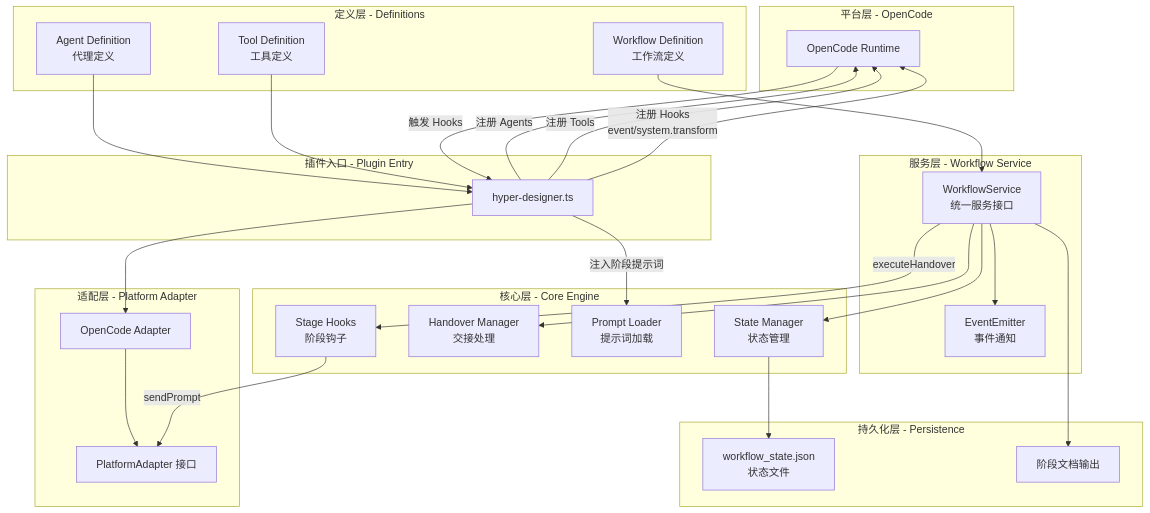
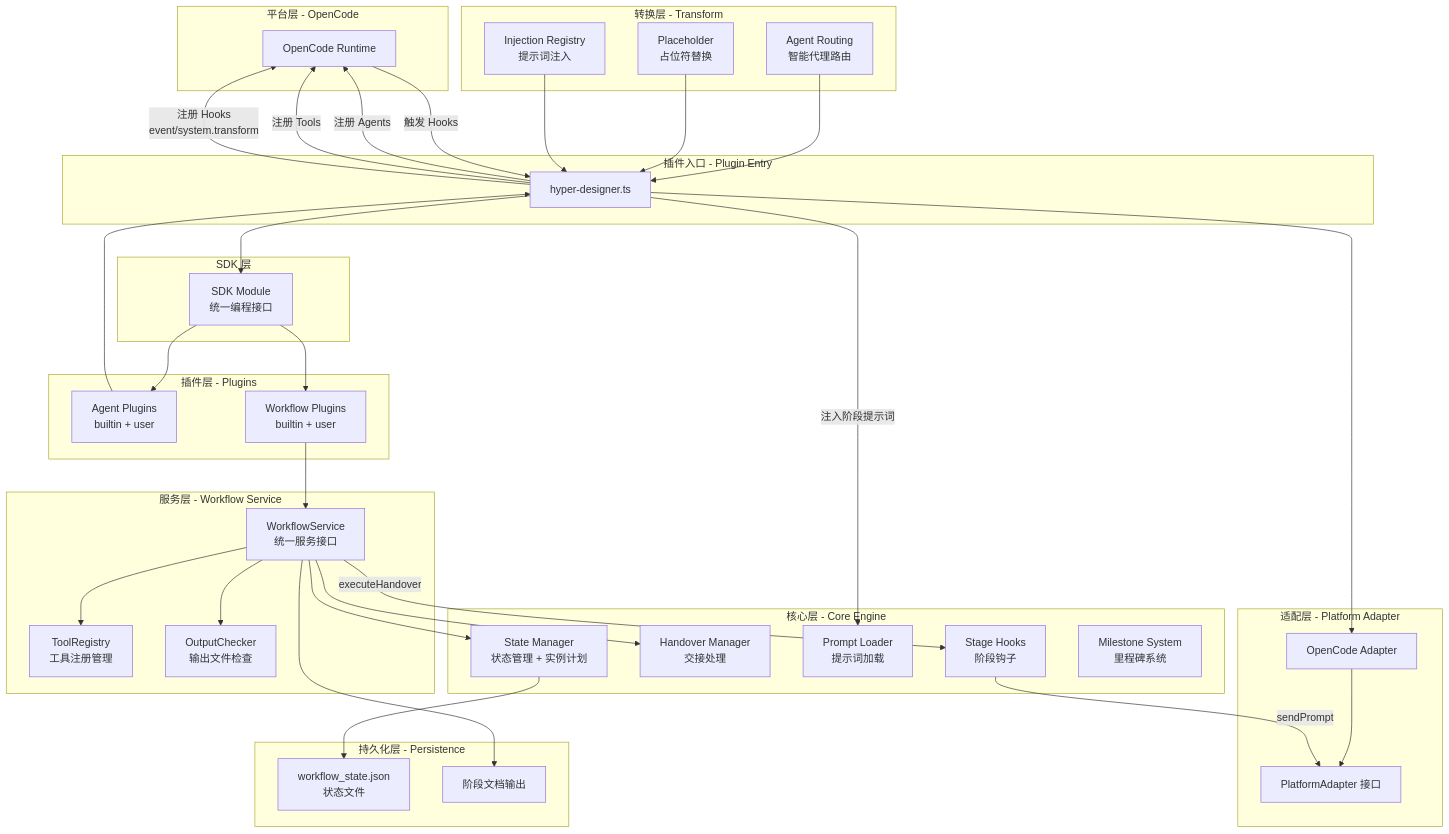
One commit to aiimoyu/hyper-designer changed the first of 4 diagrams in TECHNICAL_WIKI.md. Above: the diagram before and after it, drawn with Mermaid. The commit also changed other lines of this file and 1 other file, not shown here.

```diff
--- a/TECHNICAL_WIKI.md
+++ b/TECHNICAL_WIKI.md
@@ -134,22 +199,33 @@
         Plugin[hyper-designer.ts]
     end
 
-    subgraph "定义层 - Definitions"
-        AgentDef[Agent Definition<br/>代理定义]
-        ToolDef[Tool Definition<br/>工具定义]
-        WorkflowDef[Workflow Definition<br/>工作流定义]
+    subgraph "SDK 层"
+        SDK[SDK Module<br/>统一编程接口]
+    end
+
+    subgraph "插件层 - Plugins"
+        AgentPlugins[Agent Plugins<br/>builtin + user]
+        WorkflowPlugins[Workflow Plugins<br/>builtin + user]
+    end
+
+    subgraph "转换层 - Transform"
+        AgentRouting[Agent Routing<br/>智能代理路由]
+        Placeholder[Placeholder<br/>占位符替换]
+        InjectionRegistry[Injection Registry<br/>提示词注入]
     end
 
     subgraph "服务层 - Workflow Service"
         WS[WorkflowService<br/>统一服务接口]
-        Events[EventEmitter<br/>事件通知]
+        ToolRegistry[ToolRegistry<br/>工具注册管理]
+        OutputChecker[OutputChecker<br/>输出文件检查]
     end
 
     subgraph "核心层 - Core Engine"
-        State[State Manager<br/>状态管理]
+        State[State Manager<br/>状态管理 + 实例计划]
         Handover[Handover Manager<br/>交接处理]
         PromptLoader[Prompt Loader<br/>提示词加载]
         Hooks[Stage Hooks<br/>阶段钩子]
+        Milestone[Milestone System<br/>里程碑系统]
     end
 
     subgraph "持久化层 - Persistence"
@@ -162,10 +238,19 @@
     Plugin -->|注册 Tools| OC
     Plugin -->|注册 Hooks<br/>event/system.transform| OC
 
-    %% 定义层到 Plugin
-    AgentDef --> Plugin
-    ToolDef --> Plugin
-    WorkflowDef --> WS
+    %% SDK 层
+    SDK --> AgentPlugins
+    SDK --> WorkflowPlugins
+    Plugin --> SDK
+
+    %% 插件层
+    AgentPlugins --> Plugin
+    WorkflowPlugins --> WS
+
+    %% 转换层
+    AgentRouting --> Plugin
+    Placeholder --> Plugin
+    InjectionRegistry --> Plugin
 
     %% OpenCode 调用 Plugin
     OC -->|触发 Hooks| Plugin
@@ -173,9 +258,10 @@
     OpenCodeImpl --> Adapter
 
     %% 服务层调用关系
-    WS --> Events
     WS --> State
     WS --> Handover
+    WS --> ToolRegistry
+    WS --> OutputChecker
     WS -->|executeHandover| Hooks
     Hooks -->|sendPrompt| Adapter
 
```
